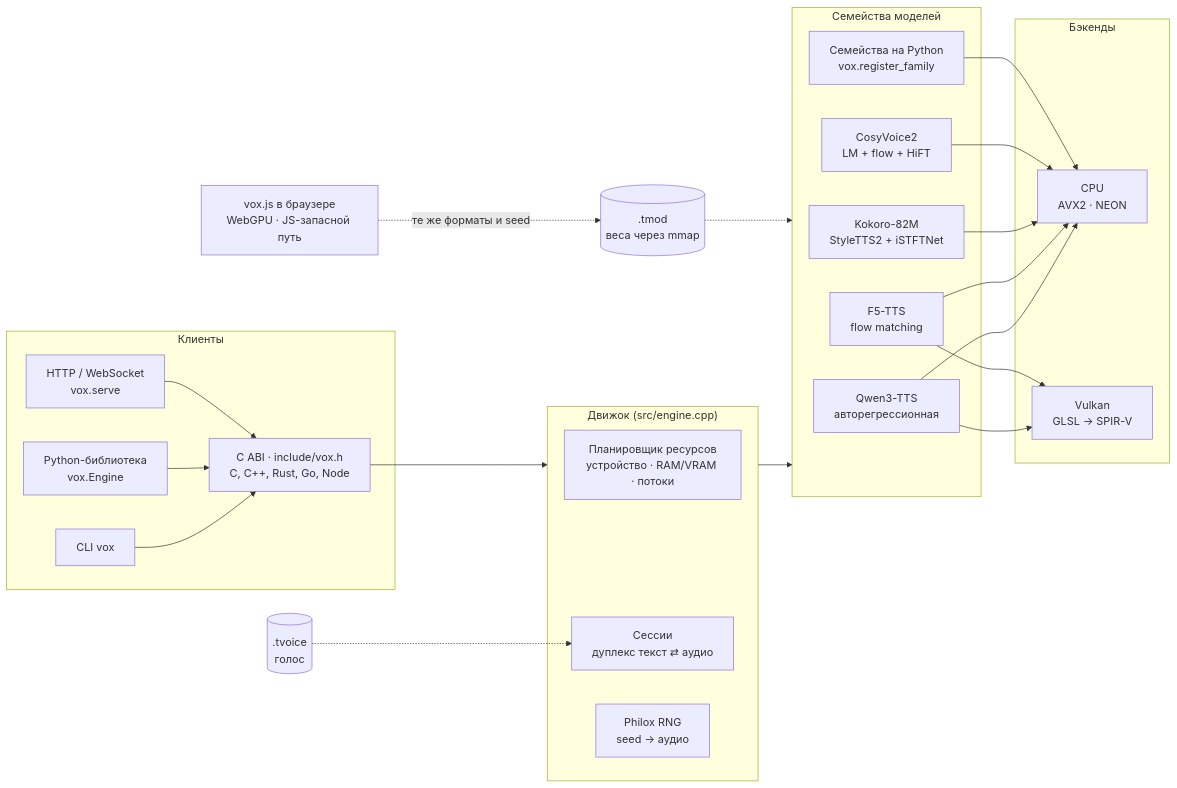
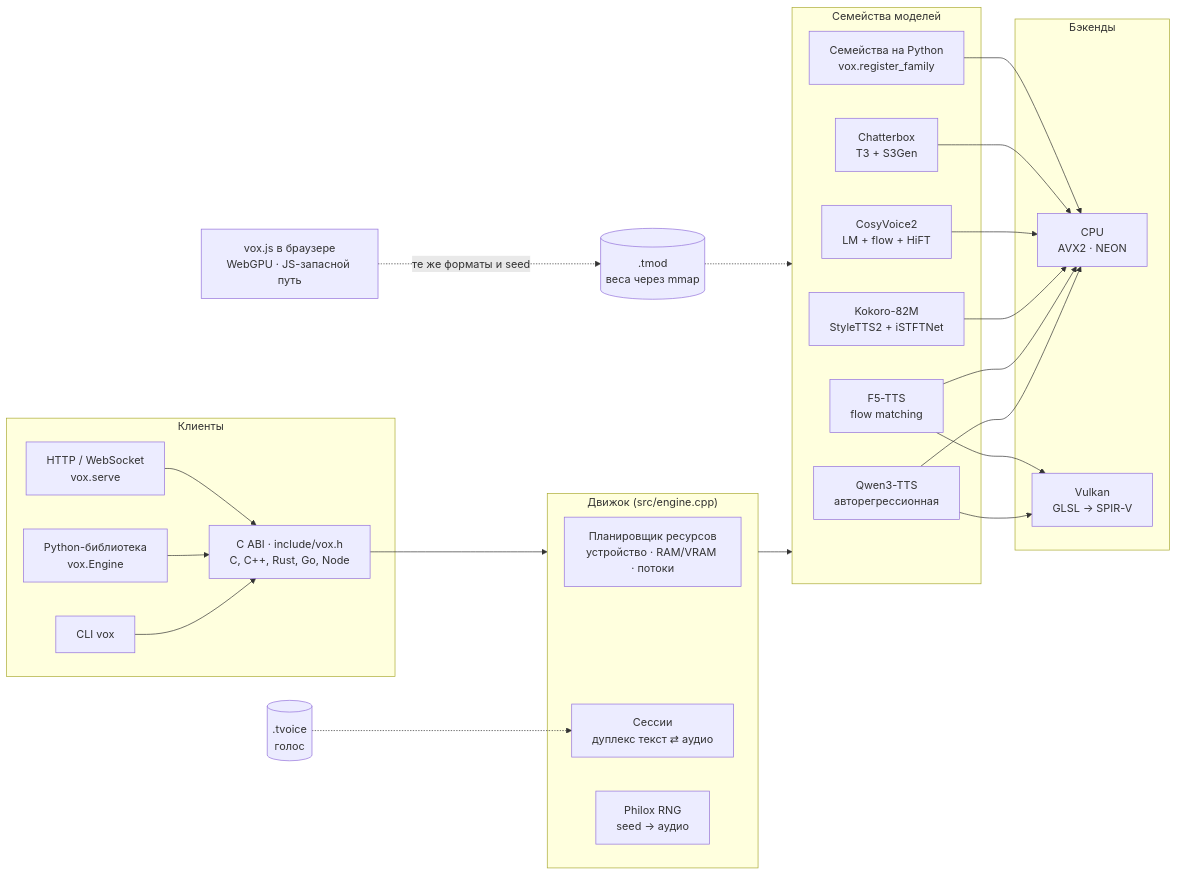
One commit to dariumi/Vox changed the first of 10 diagrams in README.ru.md. Above: the diagram before and after it, drawn with Mermaid. The commit also changed other lines of this file and 42 other files, not shown here.

````diff
--- a/README.ru.md
+++ b/README.ru.md
@@ -42,34 +42,35 @@
 ```mermaid
 flowchart LR
     subgraph clients["Клиенты"]
         CLI["CLI vox"]
         PY["Python-библиотека<br/>vox.Engine"]
         SRV["HTTP / WebSocket<br/>vox.serve"]
         ABI["C ABI · include/vox.h<br/>C, C++, Rust, Go, Node"]
     end
     subgraph engine["Движок (src/engine.cpp)"]
         RES["Планировщик ресурсов<br/>устройство · RAM/VRAM · потоки"]
         SES["Сессии<br/>дуплекс текст ⇄ аудио"]
         RNG["Philox RNG<br/>seed → аудио"]
     end
     subgraph fam["Семейства моделей"]
         Q["Qwen3-TTS<br/>авторегрессионная"]
         F["F5-TTS<br/>flow matching"]
         K["Kokoro-82M<br/>StyleTTS2 + iSTFTNet"]
         C["CosyVoice2<br/>LM + flow + HiFT"]
+        CB["Chatterbox<br/>T3 + S3Gen"]
         P["Семейства на Python<br/>vox.register_family"]
     end
     subgraph hw["Бэкенды"]
         CPU["CPU<br/>AVX2 · NEON"]
         VK["Vulkan<br/>GLSL → SPIR-V"]
     end
     TM[(".tmod<br/>веса через mmap")]
     TV[(".tvoice<br/>голос")]
     CLI & PY & SRV --> ABI --> engine
     engine --> fam
     Q & F --> CPU & VK
-    K & C & P --> CPU
+    K & C & CB & P --> CPU
     TM -.-> fam
     TV -.-> SES
     JS["vox.js в браузере<br/>WebGPU · JS-запасной путь"] -.те же форматы и seed.-> TM
 ```
````
